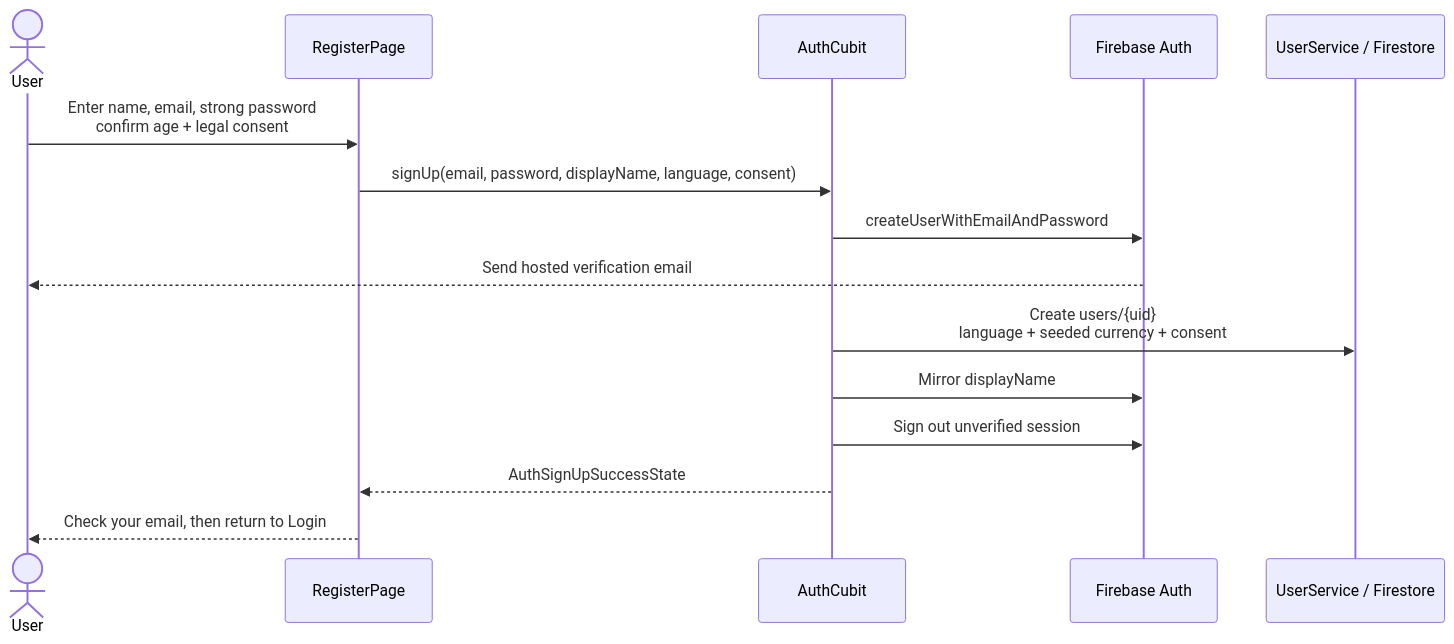
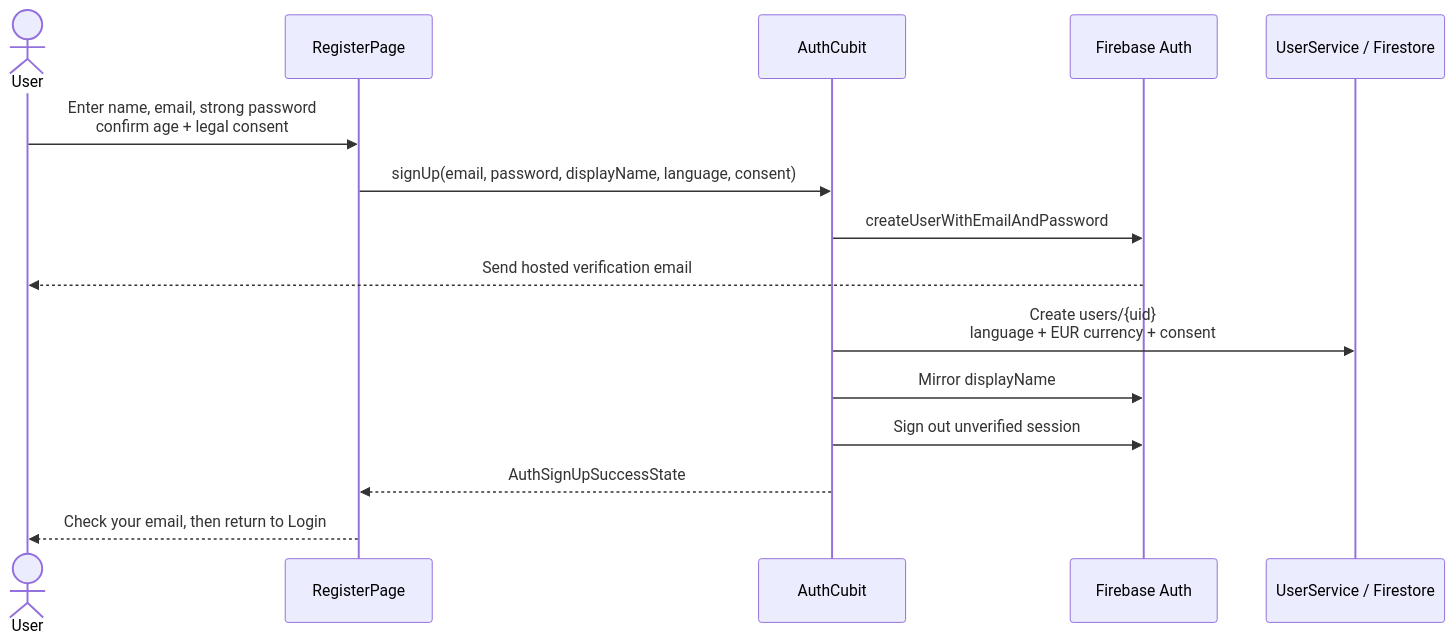
One commit to covaciuandrei/gym-tracker changed the first of 4 diagrams in docs/features/auth.md. Above: the diagram before and after it, drawn with Mermaid. The commit also changed other lines of this file and 13 other files, not shown here.

````diff
--- a/docs/features/auth.md
+++ b/docs/features/auth.md
@@ -79,18 +79,18 @@
 ```mermaid
 sequenceDiagram
     actor User
     participant Page as RegisterPage
     participant Cubit as AuthCubit
     participant Auth as Firebase Auth
     participant Profile as UserService / Firestore
 
     User->>Page: Enter name, email, strong password<br/>confirm age + legal consent
     Page->>Cubit: signUp(email, password, displayName, language, consent)
     Cubit->>Auth: createUserWithEmailAndPassword
     Auth-->>User: Send hosted verification email
-    Cubit->>Profile: Create users/{uid}<br/>language + seeded currency + consent
+    Cubit->>Profile: Create users/{uid}<br/>language + EUR currency + consent
     Cubit->>Auth: Mirror displayName
     Cubit->>Auth: Sign out unverified session
     Cubit-->>Page: AuthSignUpSuccessState
     Page-->>User: Check your email, then return to Login
 ```
````
